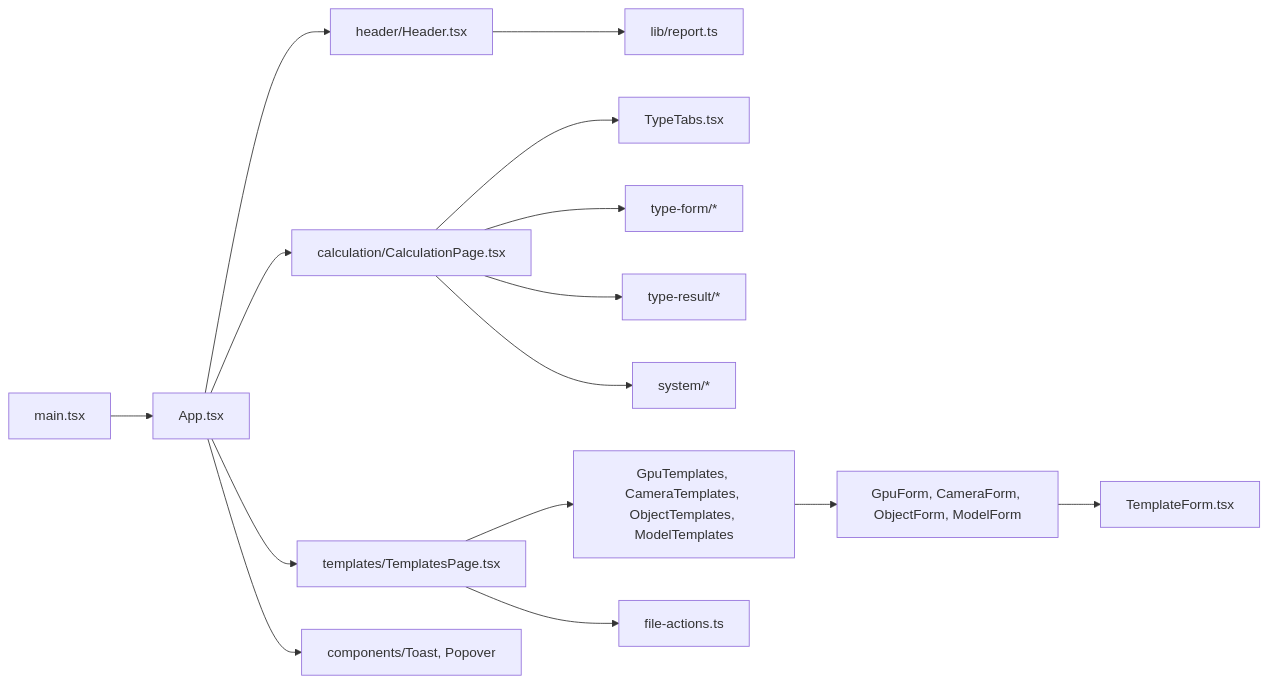
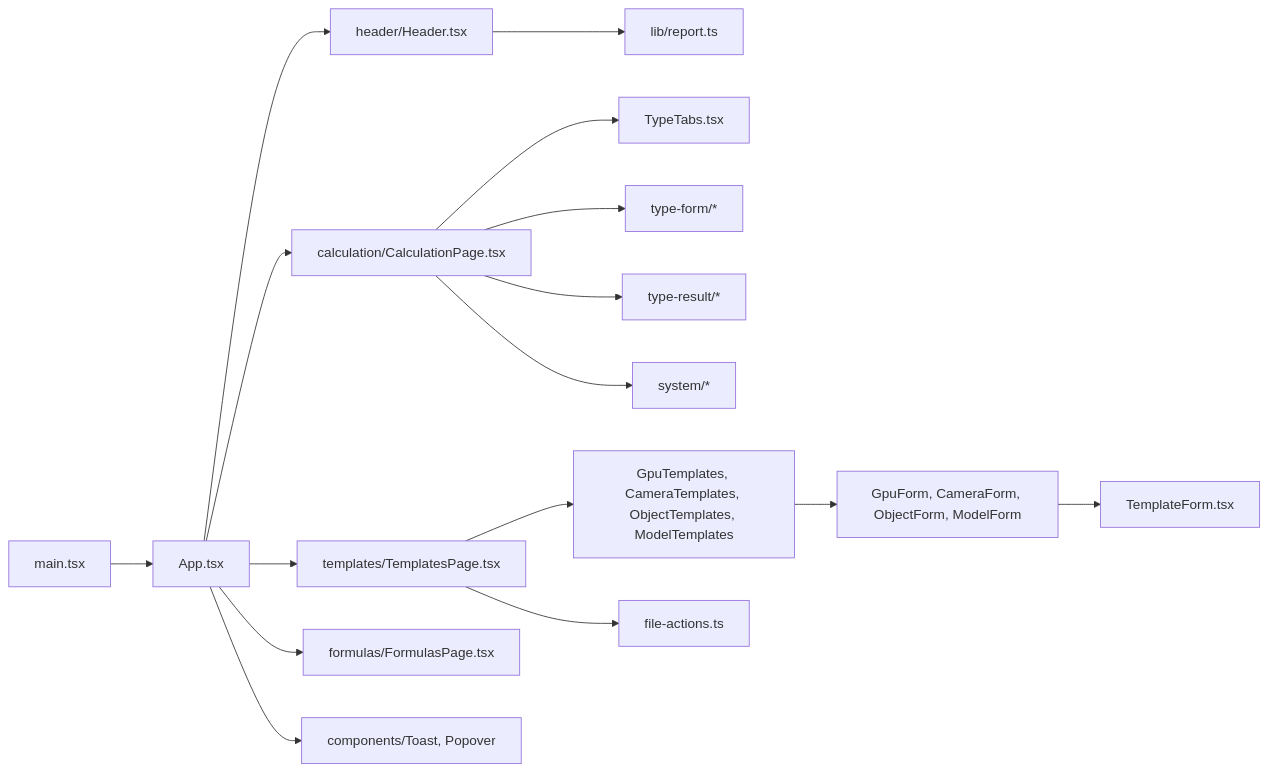
One commit to SergeyKrasnoslobodtsev/camera-calc changed the first of 2 diagrams in docs/architecture/modules/ui.md. Above: the diagram before and after it, drawn with Mermaid. The commit also changed other lines of this file and 1 other file, not shown here.

````diff
--- a/docs/architecture/modules/ui.md
+++ b/docs/architecture/modules/ui.md
@@ -66,17 +70,18 @@
 ```mermaid
 flowchart LR
     main[main.tsx] --> app[App.tsx]
     app --> header[header/Header.tsx]
     app --> calc[calculation/CalculationPage.tsx]
     app --> tpl[templates/TemplatesPage.tsx]
+    app --> formulas[formulas/FormulasPage.tsx]
     app --> overlays[components/Toast, Popover]
     header --> report[lib/report.ts]
     calc --> tabs[TypeTabs.tsx]
     calc --> form[type-form/*]
     calc --> result[type-result/*]
     calc --> system[system/*]
     tpl --> screens[GpuTemplates, CameraTemplates, ObjectTemplates, ModelTemplates]
     screens --> forms[GpuForm, CameraForm, ObjectForm, ModelForm]
     forms --> templateForm[TemplateForm.tsx]
     tpl --> files[file-actions.ts]
 ```
````
